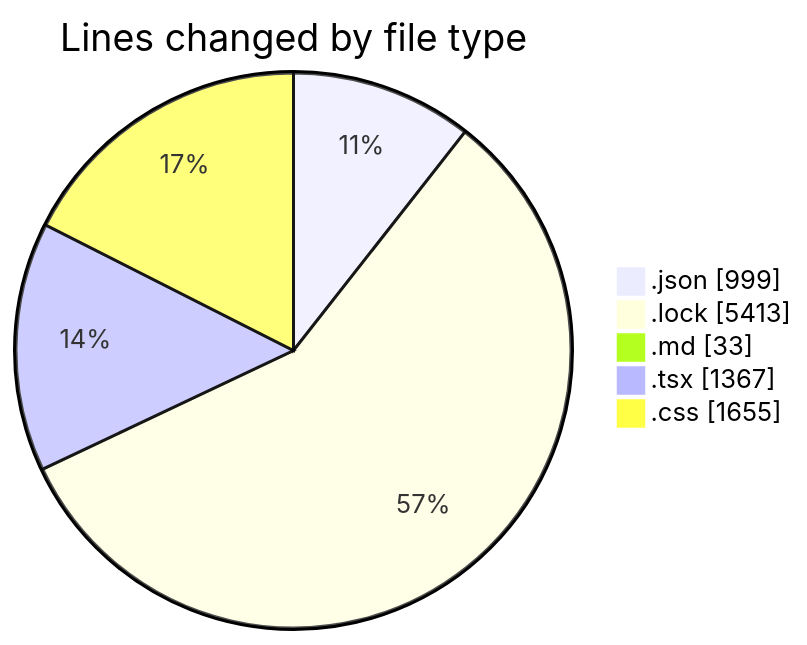
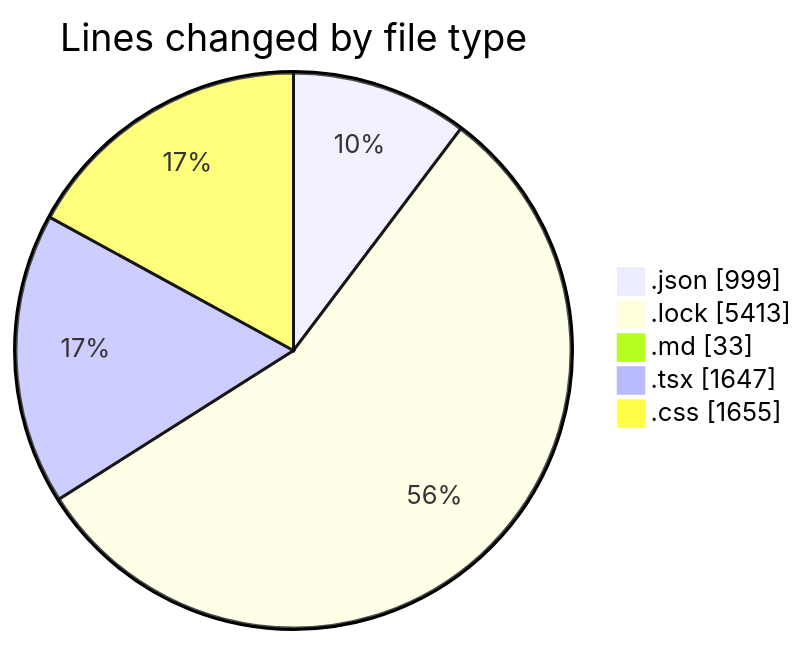
The first of 2 diagrams in 2025-08-11/ribbon/README.md (EIIisD/code-tracking), drawn with Mermaid before and after one commit. The commit also changed other lines of this file and 1 other file, not shown here.

````diff
--- a/2025-08-11/ribbon/README.md
+++ b/2025-08-11/ribbon/README.md
@@ -40,9 +40,9 @@
 ```mermaid
 pie showData
 title Lines changed by file type
 ".json" : 999
 ".lock" : 5413
 ".md" : 33
-".tsx" : 1367
+".tsx" : 1647
 ".css" : 1655
 ```
````
